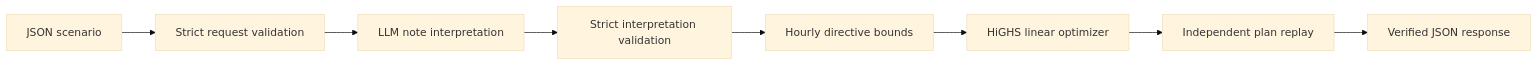
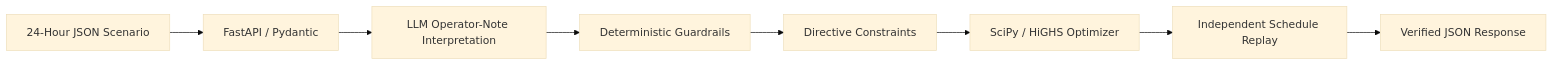
One commit to SadikRahman14/GridWiseBaseProject changed the diagram in README.md. Above: the diagram before and after it, drawn with Mermaid (base theme). The commit also changed other lines of this file, not shown here.

````diff
--- a/README.md
+++ b/README.md
@@ -71,10 +336,19 @@
-```mermaid
+``` mermaid
+
 flowchart LR
-    A[JSON scenario] --> B[Strict request validation]
-    B --> C[LLM note interpretation]
-    C --> D[Strict interpretation validation]
-    D --> E[Hourly directive bounds]
-    E --> F[HiGHS linear optimizer]
-    F --> G[Independent plan replay]
-    G --> H[Verified JSON response]
+
+A[24-Hour JSON Scenario] --> B[FastAPI / Pydantic]
+
+B --> C[LLM Operator-Note Interpretation]
+
+C --> D[Deterministic Guardrails]
+
+D --> E[Directive Constraints]
+
+E --> F[SciPy / HiGHS Optimizer]
+
+F --> G[Independent Schedule Replay]
+
+G --> H[Verified JSON Response]
+
 ```
````
